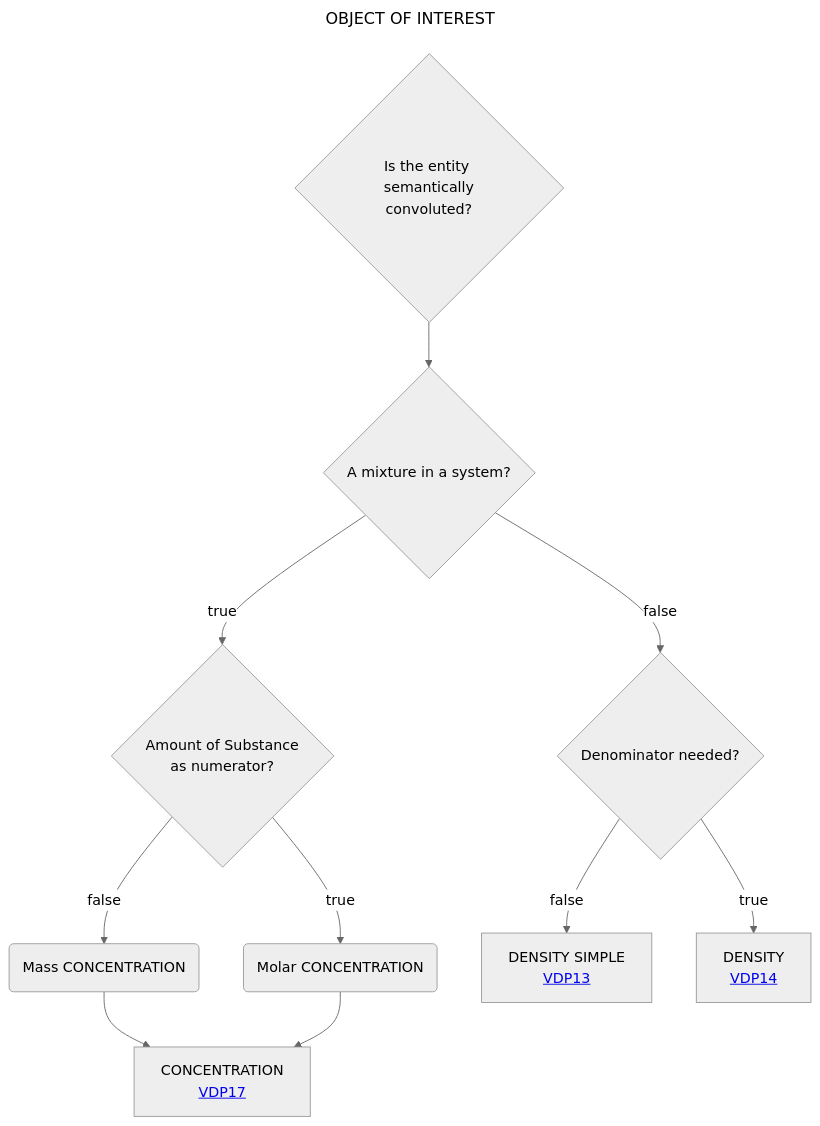
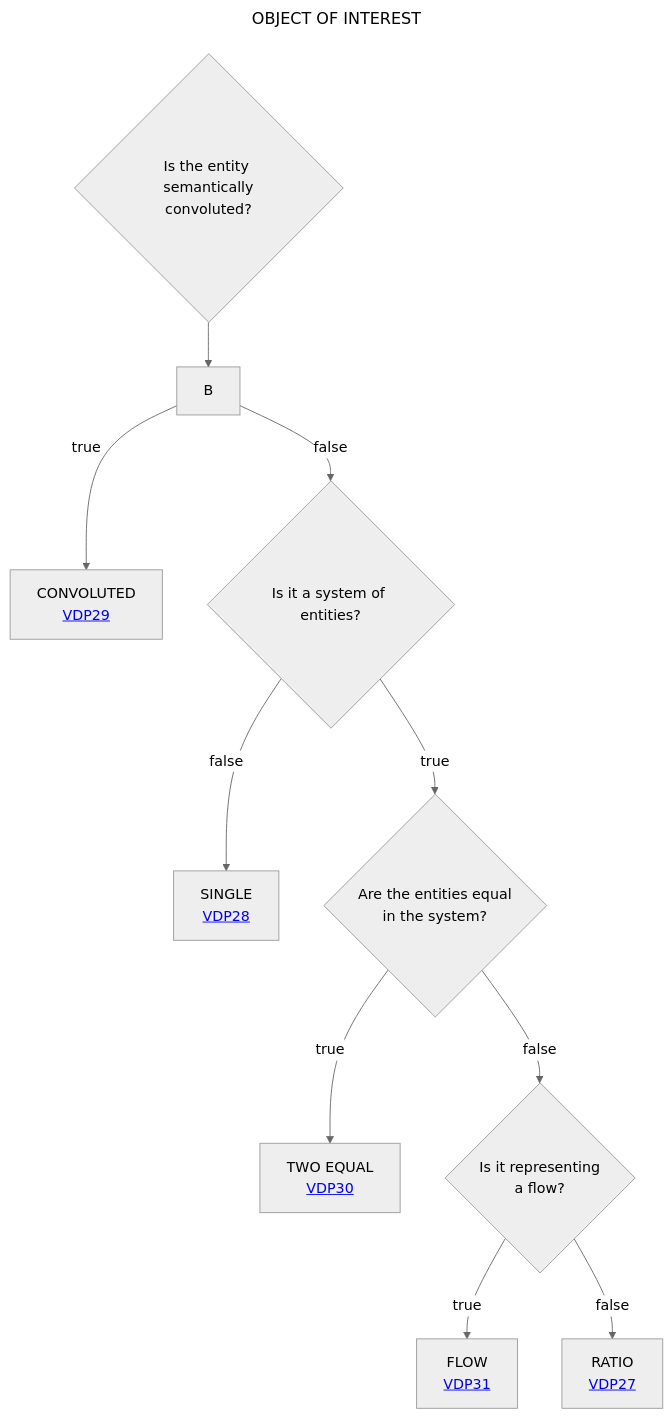
The diagram in Decisition_trees/DT5.mmd (mabablue/I-ADOPT-patterns-playground), drawn with Mermaid (neutral theme) before and after one commit.

```diff
--- a/Decisition_trees/DT5.mmd
+++ b/Decisition_trees/DT5.mmd
@@ -1,13 +1,13 @@
 ---
 title: OBJECT OF INTEREST
 ---
 flowchart TD
-    A{Is the entity <br> semantically convoluted?} --> P{A mixture in a system?}
-    P --> |true|Q{Amount of Substance <br> as numerator?}
-    Q --> |true|R(Molar CONCENTRATION)
-    Q --> |false|S(Mass CONCENTRATION)
-    P --> |false|U{Denominator needed?}
-    S --> T[CONCENTRATION <br> <a href='https://github.com/mabablue/I-ADOPT-patterns-playground/blob/main/pattern/VDP17.yaml'>VDP17</a>]
-    R --> T
-    U --> |false|V[DENSITY SIMPLE <br> <a href='https://github.com/mabablue/I-ADOPT-patterns-playground/blob/main/pattern/VDP13.yaml'>VDP13</a>]
-    U --> |true|X[DENSITY <br> <a href='https://github.com/mabablue/I-ADOPT-patterns-playground/blob/main/pattern/VDP14.yaml'>VDP14</a>]
+    A{Is the entity <br> semantically convoluted?} --> B
+    B --> |true|C[CONVOLUTED <br> <a href='https://github.com/mabablue/I-ADOPT-patterns-playground/blob/main/pattern/VDP29.yaml'>VDP29</a>]
+    B --> |false|D{Is it a system of entities?}
+    D --> |false|E[SINGLE <br> <a href='https://github.com/mabablue/I-ADOPT-patterns-playground/blob/main/pattern/VDP28.yaml'>VDP28</a>]
+    D --> |true|F{Are the entities equal <br> in the system?}
+    F --> |true|G[TWO EQUAL <br> <a href='https://github.com/mabablue/I-ADOPT-patterns-playground/blob/main/pattern/VDP30.yaml'>VDP30</a>]
+    F --> |false|H{Is it representing <br> a flow?}
+    H --> |true|I[FLOW <br> <a href='https://github.com/mabablue/I-ADOPT-patterns-playground/blob/main/pattern/VDP31.yaml'>VDP31</a>]
+    H --> |false|J[RATIO <br> <a href='https://github.com/mabablue/I-ADOPT-patterns-playground/blob/main/pattern/VDP27.yaml'>VDP27</a>]
```
